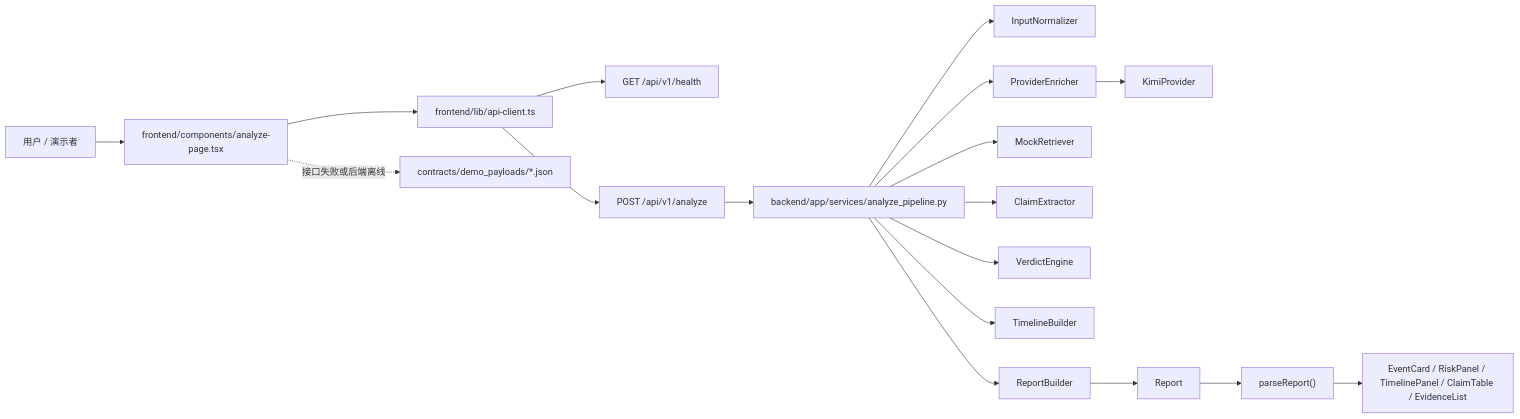
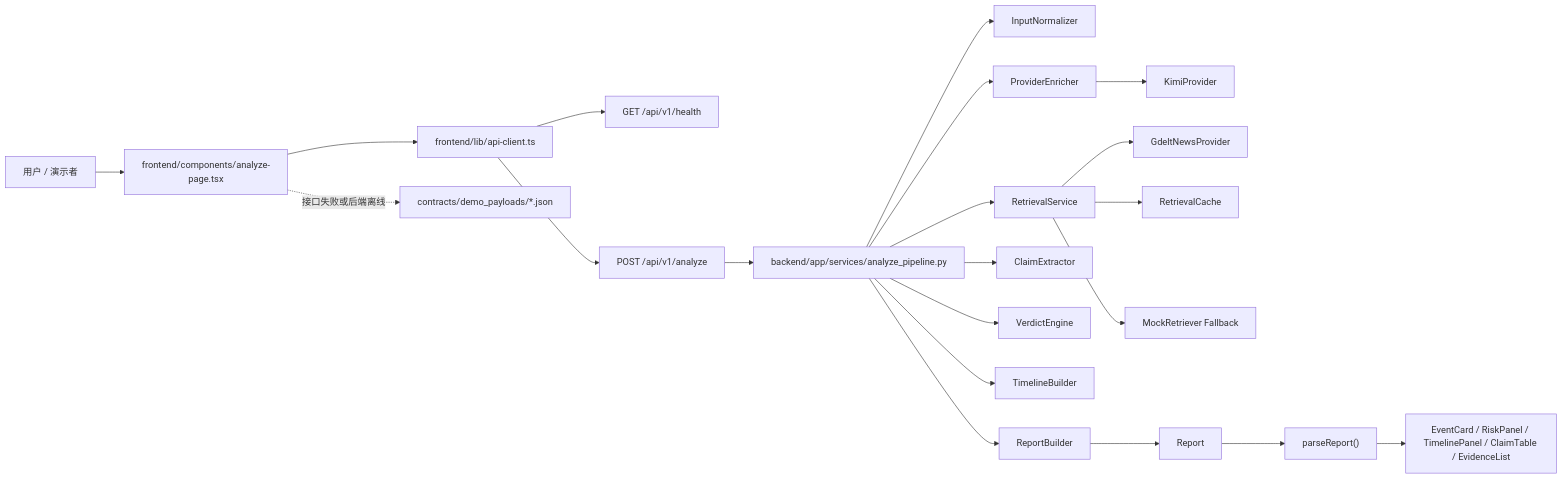
One commit to forwaryan/rumor-checking changed the diagram in overview/06_current_code_implementation.md. Above: the diagram before and after it, drawn with Mermaid. The commit also changed other lines of this file and 42 other files, not shown here.

````diff
--- a/overview/06_current_code_implementation.md
+++ b/overview/06_current_code_implementation.md
@@ -48,22 +50,25 @@
 ```mermaid
 flowchart LR
     U["用户 / 演示者"] --> FE["frontend/components/analyze-page.tsx"]
     FE --> AC["frontend/lib/api-client.ts"]
     AC --> HEALTH["GET /api/v1/health"]
     AC --> ANALYZE["POST /api/v1/analyze"]
 
     ANALYZE --> PIPE["backend/app/services/analyze_pipeline.py"]
     PIPE --> N["InputNormalizer"]
     PIPE --> P["ProviderEnricher"]
     P --> K["KimiProvider"]
-    PIPE --> MR["MockRetriever"]
+    PIPE --> RS["RetrievalService"]
+    RS --> RP["GdeltNewsProvider"]
+    RS --> RC["RetrievalCache"]
+    RS --> MR["MockRetriever Fallback"]
     PIPE --> C["ClaimExtractor"]
     PIPE --> V["VerdictEngine"]
     PIPE --> T["TimelineBuilder"]
     PIPE --> RB["ReportBuilder"]
     RB --> OUT["Report"]
 
     OUT --> PARSE["parseReport()"]
     PARSE --> UI["EventCard / RiskPanel / TimelinePanel / ClaimTable / EvidenceList"]
     FE -.接口失败或后端离线.-> DEMO["contracts/demo_payloads/*.json"]
 ```
````
